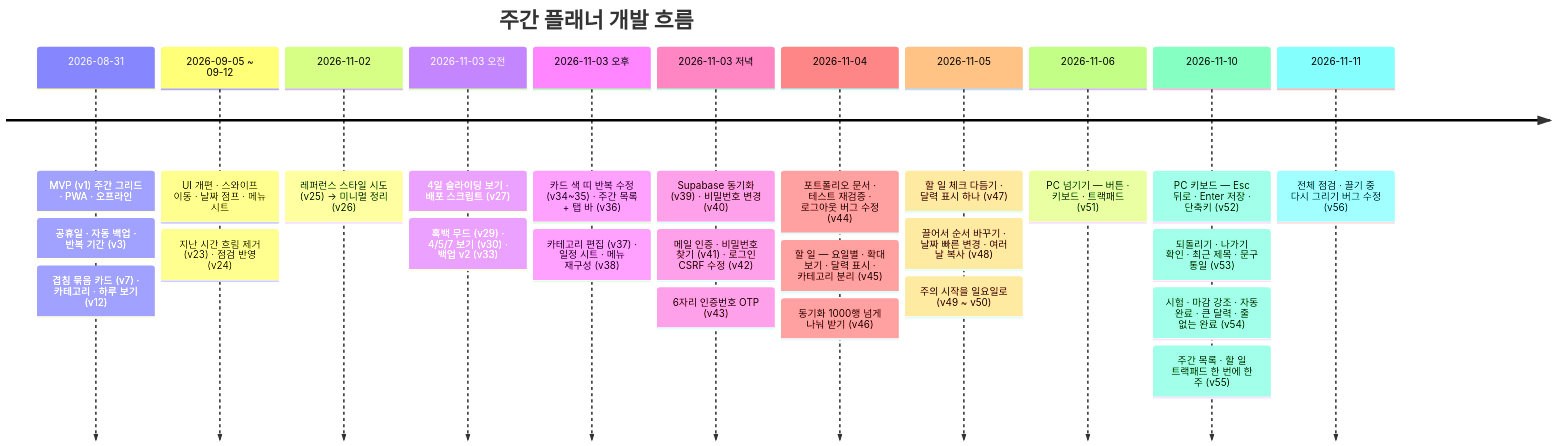
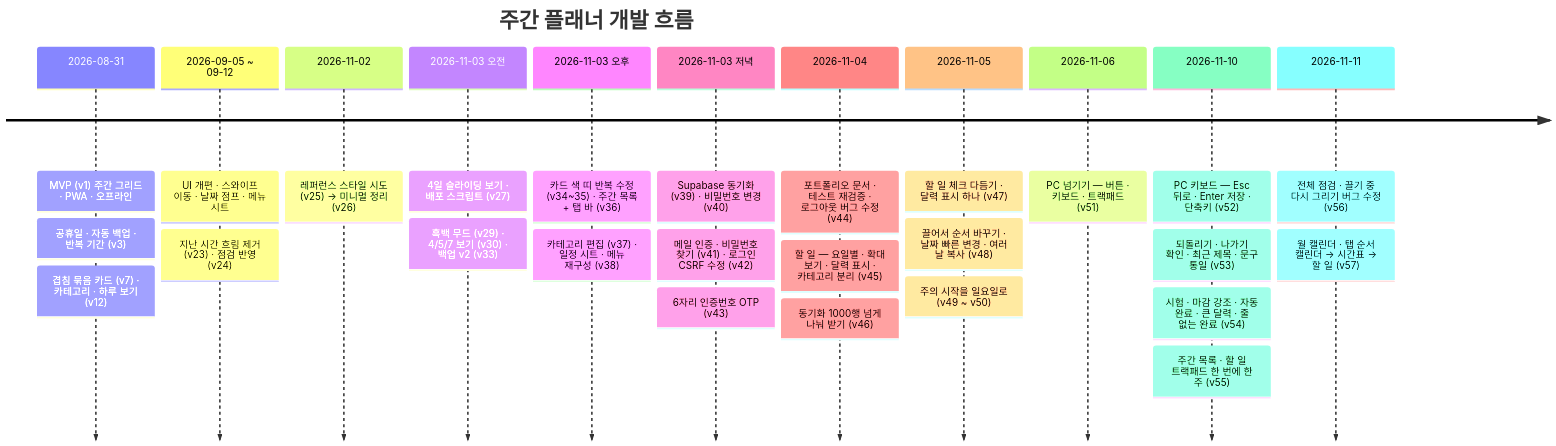
One commit to jmg0929/weekly-planner changed the second of 2 diagrams in docs/README.md. Above: the diagram before and after it, drawn with Mermaid. The commit also changed other lines of this file and 10 other files, not shown here.

````diff
--- a/docs/README.md
+++ b/docs/README.md
@@ -123,29 +123,30 @@
 ```mermaid
 timeline
   title 주간 플래너 개발 흐름
   2026-08-31 : MVP (v1) 주간 그리드 · PWA · 오프라인
              : 공휴일 · 자동 백업 · 반복 기간 (v3)
              : 겹침 묶음 카드 (v7) · 카테고리 · 하루 보기 (v12)
   2026-09-05 ~ 09-12 : UI 개편 · 스와이프 이동 · 날짜 점프 · 메뉴 시트
                      : 지난 시간 흐림 제거 (v23) · 점검 반영 (v24)
   2026-11-02 : 레퍼런스 스타일 시도 (v25) → 미니멀 정리 (v26)
   2026-11-03 오전 : 4일 슬라이딩 보기 · 배포 스크립트 (v27)
                  : 흑백 무드 (v29) · 4/5/7 보기 (v30) · 백업 v2 (v33)
   2026-11-03 오후 : 카드 색 띠 반복 수정 (v34~35) · 주간 목록 + 탭 바 (v36)
                  : 카테고리 편집 (v37) · 일정 시트 · 메뉴 재구성 (v38)
   2026-11-03 저녁 : Supabase 동기화 (v39) · 비밀번호 변경 (v40)
                  : 메일 인증 · 비밀번호 찾기 (v41) · 로그인 CSRF 수정 (v42)
                  : 6자리 인증번호 OTP (v43)
   2026-11-04 : 포트폴리오 문서 · 테스트 재검증 · 로그아웃 버그 수정 (v44)
              : 할 일 — 요일별 · 확대 보기 · 달력 표시 · 카테고리 분리 (v45)
              : 동기화 1000행 넘게 나눠 받기 (v46)
   2026-11-05 : 할 일 체크 다듬기 · 달력 표시 하나 (v47)
              : 끌어서 순서 바꾸기 · 날짜 빠른 변경 · 여러 날 복사 (v48)
              : 주의 시작을 일요일로 (v49 ~ v50)
   2026-11-06 : PC 넘기기 — 버튼 · 키보드 · 트랙패드 (v51)
   2026-11-10 : PC 키보드 — Esc 뒤로 · Enter 저장 · 단축키 (v52)
              : 되돌리기 · 나가기 확인 · 최근 제목 · 문구 통일 (v53)
              : 시험 · 마감 강조 · 자동 완료 · 큰 달력 · 줄 없는 완료 (v54)
              : 주간 목록 · 할 일 트랙패드 한 번에 한 주 (v55)
   2026-11-11 : 전체 점검 · 끌기 중 다시 그리기 버그 수정 (v56)
+             : 월 캘린더 · 탭 순서 캘린더 → 시간표 → 할 일 (v57)
 ```
````
